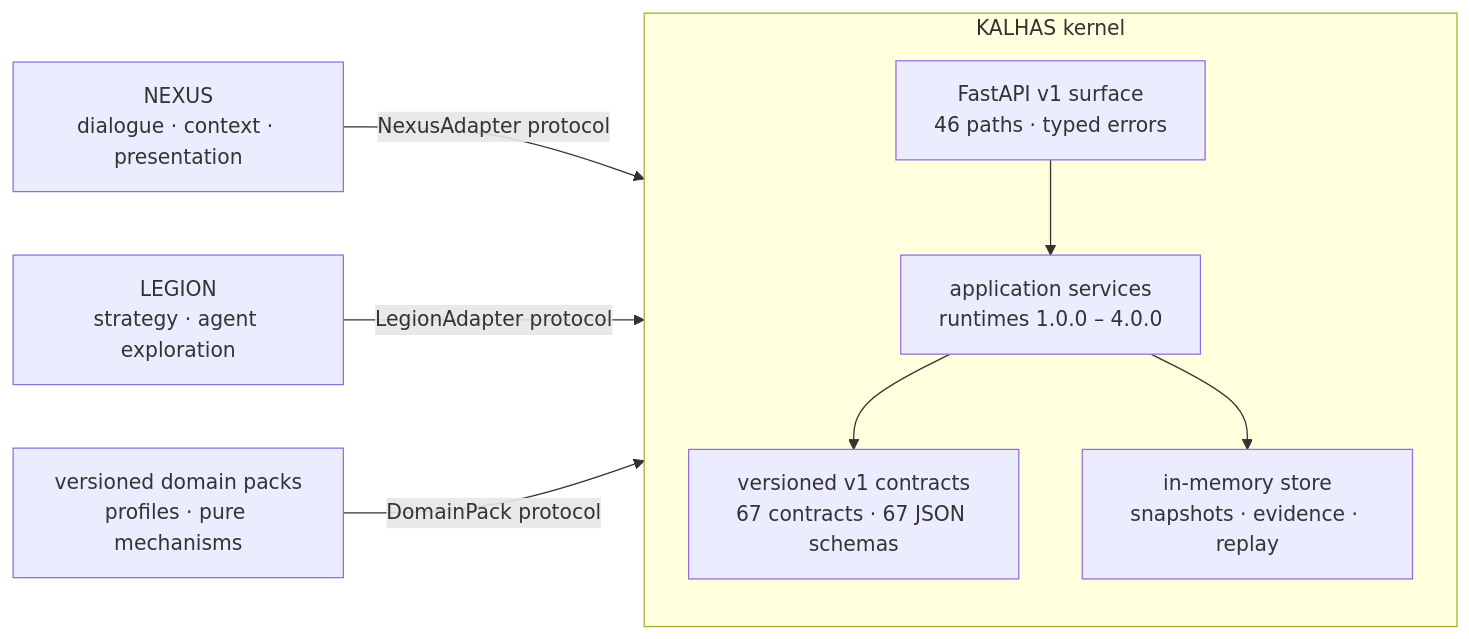
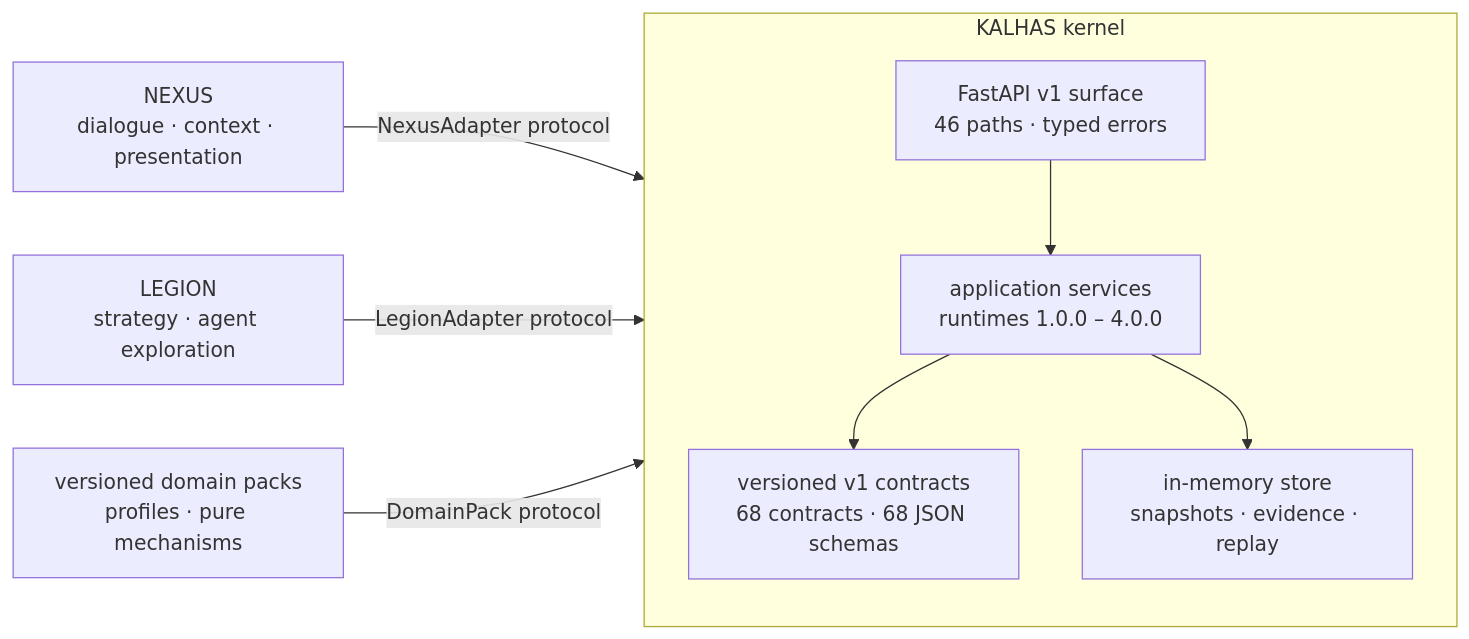
The second of 2 diagrams in README.md (Encomm-Tensor-Intelligence/Encomm_Kalhas), drawn with Mermaid before and after one commit. The commit also changed other lines of this file and 12 other files, not shown here.

````diff
--- a/README.md
+++ b/README.md
@@ -136,21 +136,21 @@
 ```mermaid
 flowchart LR
     NEXUS["NEXUS<br/>dialogue · context · presentation"]
     LEGION["LEGION<br/>strategy · agent exploration"]
 
     subgraph KALHAS["KALHAS kernel"]
         direction TB
         API["FastAPI v1 surface<br/>46 paths · typed errors"]
         APP["application services<br/>runtimes 1.0.0 – 4.0.0"]
-        CON["versioned v1 contracts<br/>67 contracts · 67 JSON schemas"]
+        CON["versioned v1 contracts<br/>68 contracts · 68 JSON schemas"]
         STORE["in-memory store<br/>snapshots · evidence · replay"]
         API --> APP --> CON
         APP --> STORE
     end
 
     PACK["versioned domain packs<br/>profiles · pure mechanisms"]
 
     NEXUS -->|NexusAdapter protocol| API
     LEGION -->|LegionAdapter protocol| API
     PACK -->|DomainPack protocol| APP
 ```
````
